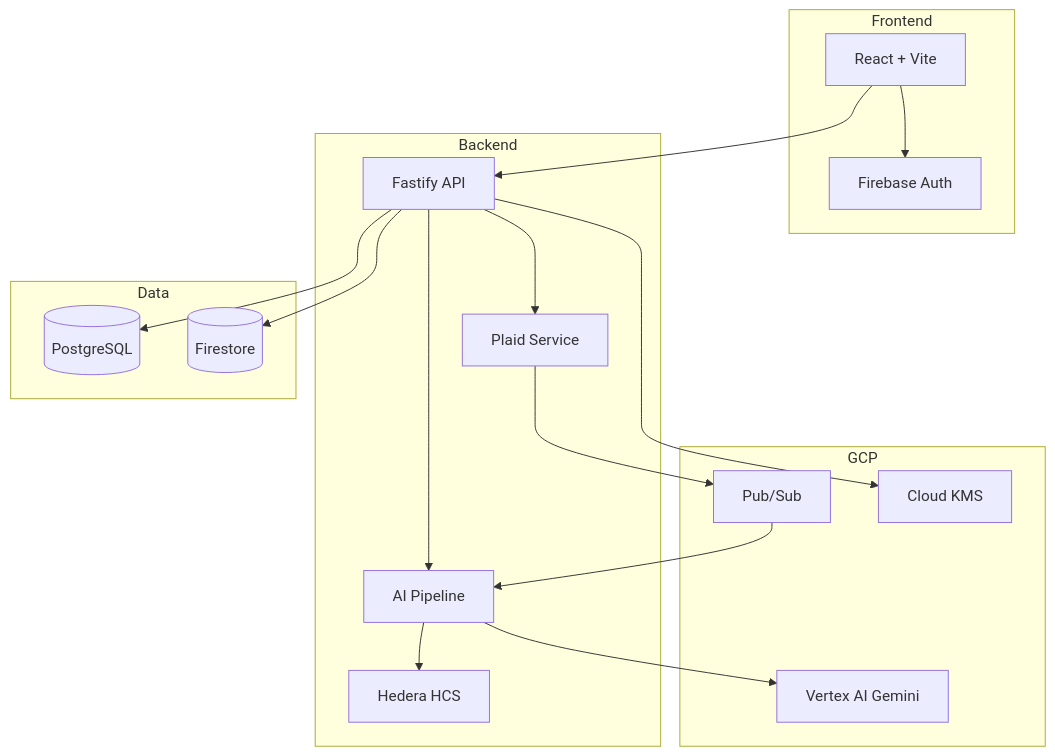
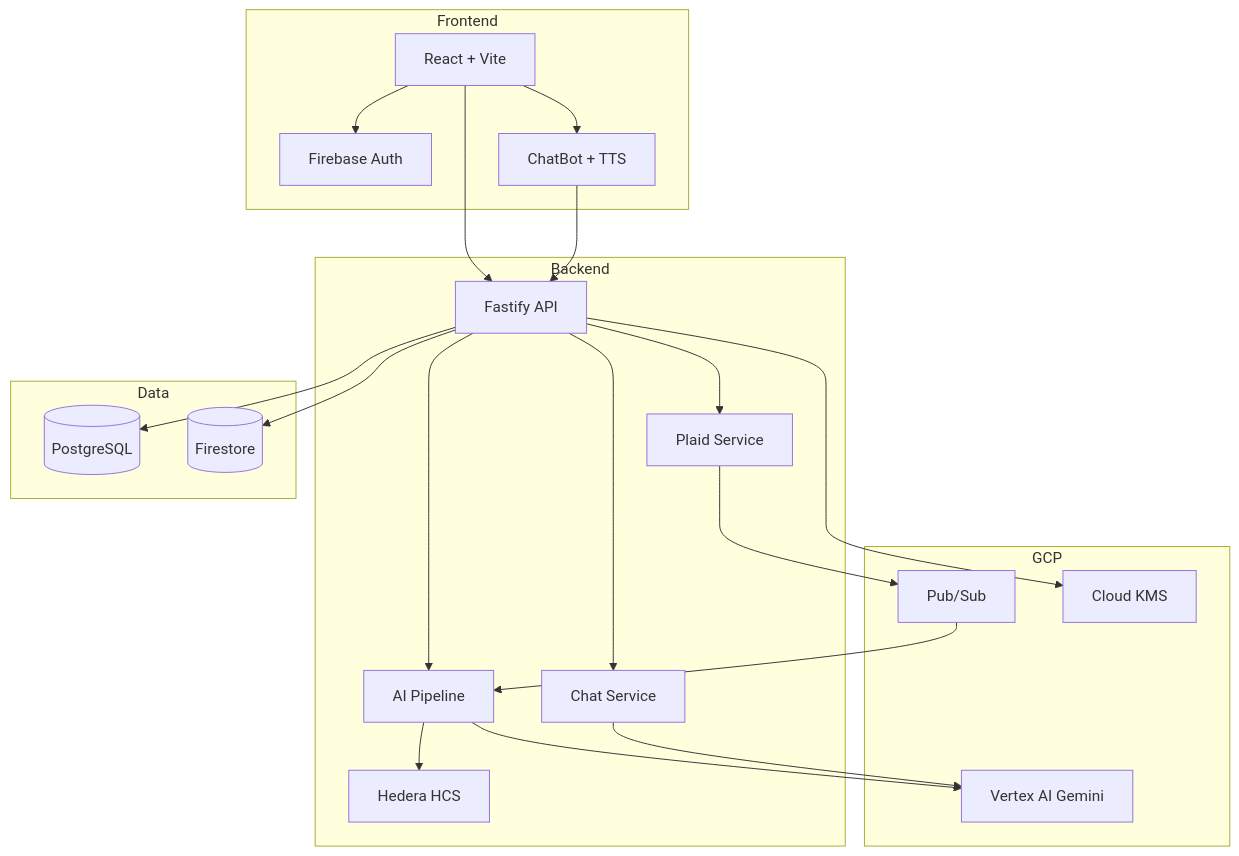
One commit to manny-serrano/vivid changed the diagram in README.md. Above: the diagram before and after it, drawn with Mermaid. The commit also changed other lines of this file, not shown here.

````diff
--- a/README.md
+++ b/README.md
@@ -71,37 +74,43 @@
 ```mermaid
 flowchart TB
   subgraph Frontend
     React[React + Vite]
     FirebaseAuth[Firebase Auth]
+    ChatBot[ChatBot + TTS]
     React --> FirebaseAuth
+    React --> ChatBot
   end
 
   subgraph Backend
     Fastify[Fastify API]
     PlaidAPI[Plaid Service]
     AIPipeline[AI Pipeline]
+    ChatService[Chat Service]
     Hedera[Hedera HCS]
     Fastify --> PlaidAPI
     Fastify --> AIPipeline
+    Fastify --> ChatService
     AIPipeline --> Hedera
   end
 
   subgraph Data
     PostgreSQL[(PostgreSQL)]
     Firestore[(Firestore)]
   end
 
   subgraph GCP
     PubSub[Pub/Sub]
     VertexAI[Vertex AI Gemini]
     KMS[Cloud KMS]
   end
 
   React --> Fastify
+  ChatBot --> Fastify
   Fastify --> PostgreSQL
   Fastify --> Firestore
   PlaidAPI --> PubSub
   PubSub --> AIPipeline
   AIPipeline --> VertexAI
+  ChatService --> VertexAI
   Fastify --> KMS
 ```
````
